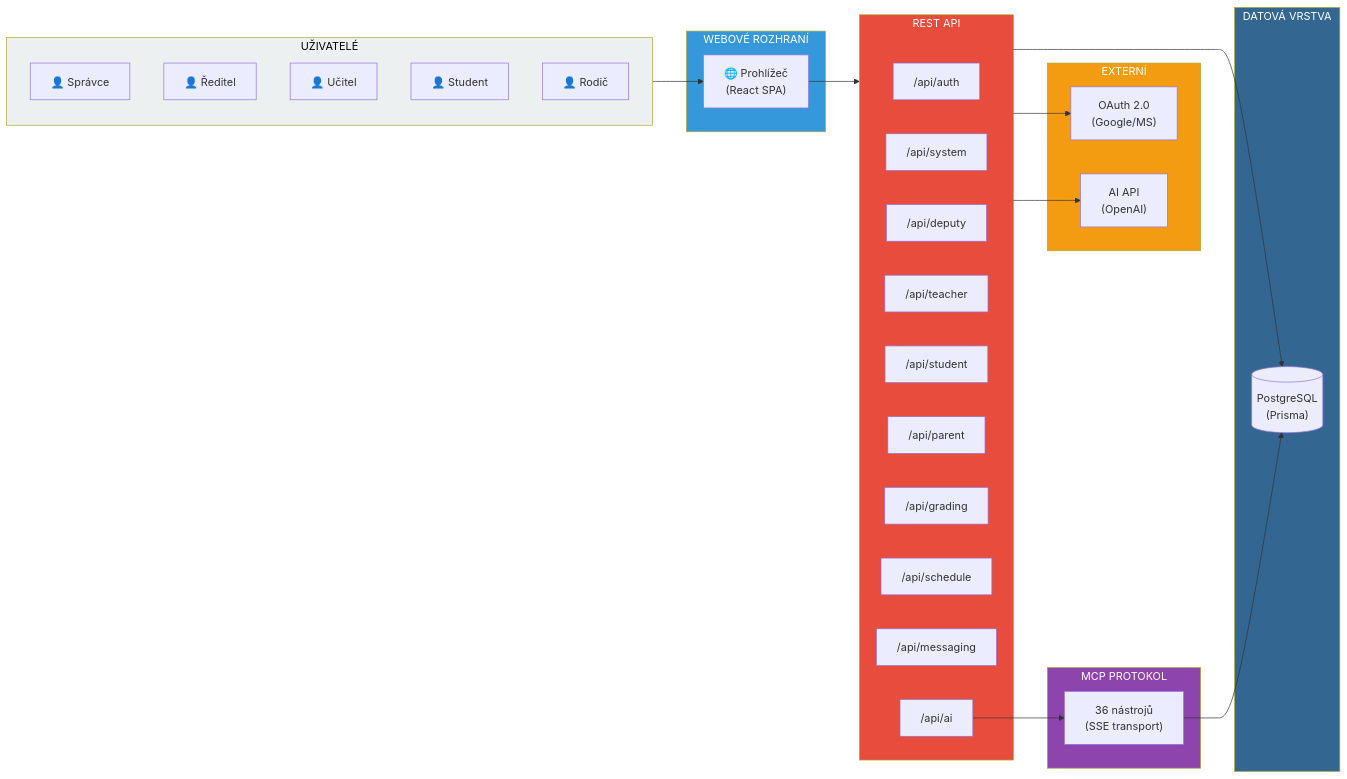
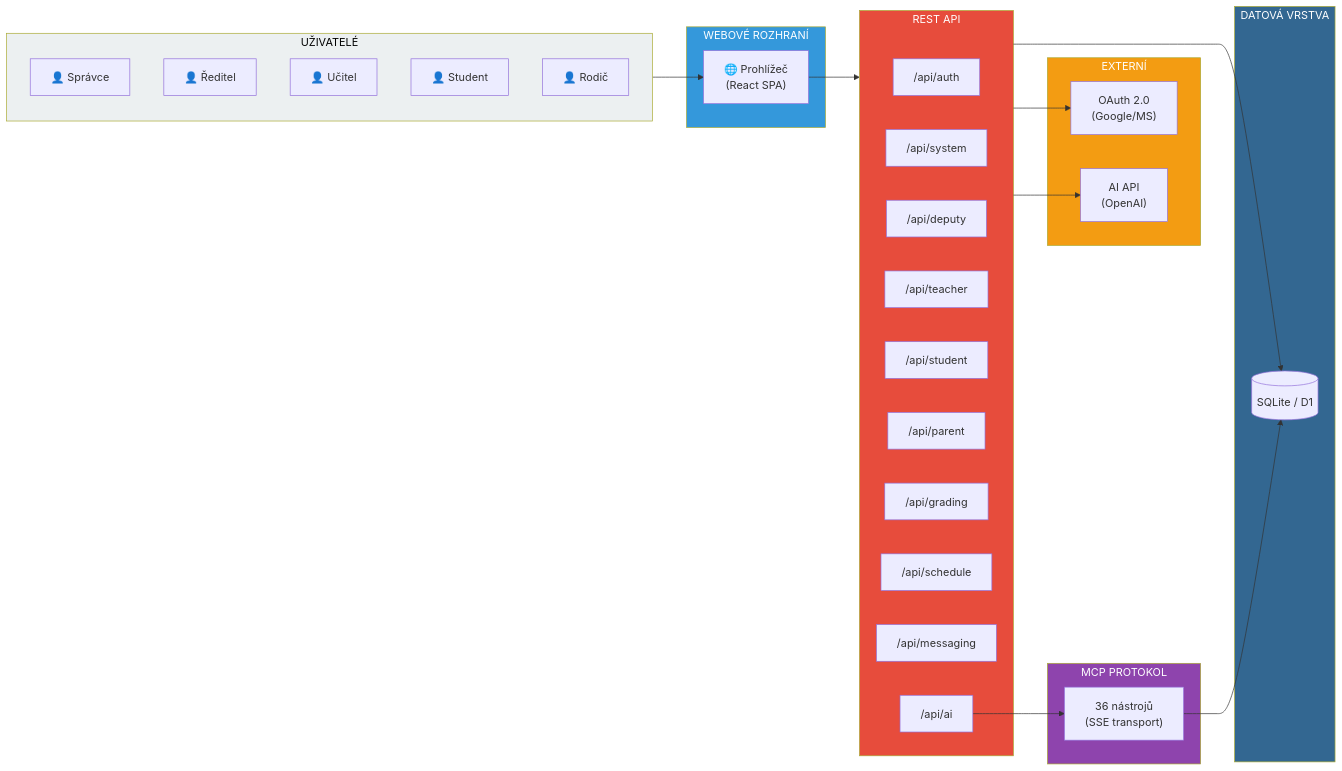
Diagram 12 of 12 in docs/archimate-diagramy.md (edustack-is/edustack-is-sandbox), drawn with Mermaid before and after one commit. The commit also changed other lines of this file and 88 other files, not shown here.

````diff
--- a/docs/archimate-diagramy.md
+++ b/docs/archimate-diagramy.md
@@ -545,55 +540,55 @@
 ```mermaid
 graph LR
     subgraph Users["UŽIVATELÉ"]
         U1["👤 Správce"]
         U2["👤 Ředitel"]
         U3["👤 Učitel"]
         U4["👤 Student"]
         U5["👤 Rodič"]
     end
 
     subgraph UI["WEBOVÉ ROZHRANÍ"]
         Browser["🌐 Prohlížeč\n(React SPA)"]
     end
 
     subgraph API["REST API"]
         Auth["/api/auth"]
         System["/api/system"]
         Deputy["/api/deputy"]
         Teacher["/api/teacher"]
         Student["/api/student"]
         Parent["/api/parent"]
         Grading["/api/grading"]
         Schedule["/api/schedule"]
         Messaging["/api/messaging"]
         AI["/api/ai"]
     end
 
     subgraph MCPLayer["MCP PROTOKOL"]
         MCPTools["36 nástrojů\n(SSE transport)"]
     end
 
     subgraph Data["DATOVÁ VRSTVA"]
-        DB[("PostgreSQL\n(Prisma)")]
+        DB[("SQLite / D1")]
     end
 
     subgraph ExtServices["EXTERNÍ"]
         OAuth["OAuth 2.0\n(Google/MS)"]
         AIApi["AI API\n(OpenAI)"]
     end
 
     Users --> Browser
     Browser --> API
     API --> DB
     MCPTools --> DB
     API --> OAuth
     API --> AIApi
     AI --> MCPTools
 
     style Users fill:#ecf0f1,color:#000
     style UI fill:#3498db,color:#fff
     style API fill:#e74c3c,color:#fff
     style MCPLayer fill:#8e44ad,color:#fff
     style Data fill:#336791,color:#fff
     style ExtServices fill:#f39c12,color:#fff
 ```
````
